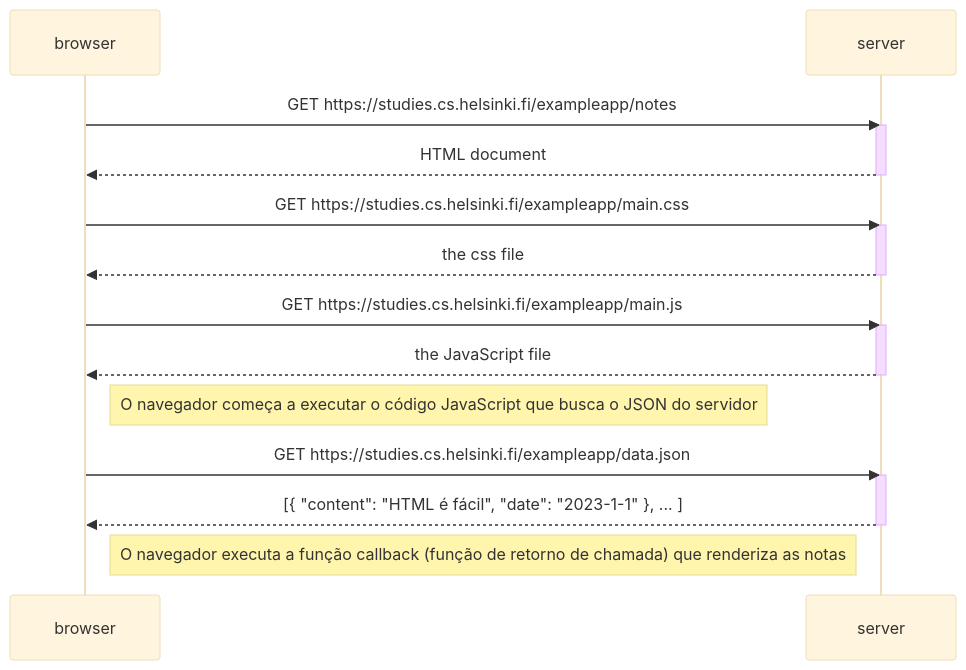
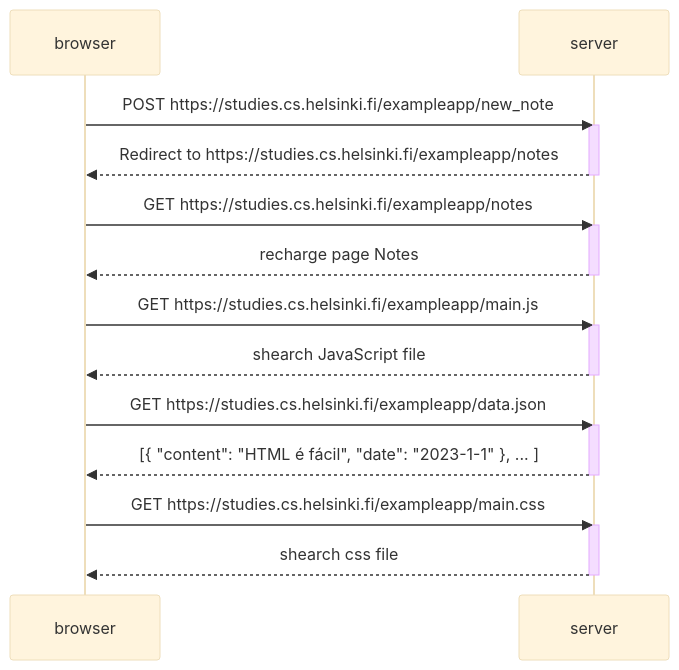
One commit to Lucas-b-o/Part-0 changed the diagram in .markdown. Above: the diagram before and after it, drawn with Mermaid (base theme).

Commit message:
Exercicio 0.4

````diff
--- a/.markdown
+++ b/.markdown
@@ -1,29 +1,30 @@
 ```mermaid
 sequenceDiagram
     participant browser
     participant server
 
+    browser->>server: POST https://studies.cs.helsinki.fi/exampleapp/new_note
+    activate server
+    server-->>browser: Redirect to https://studies.cs.helsinki.fi/exampleapp/notes
+    deactivate server
+
     browser->>server: GET https://studies.cs.helsinki.fi/exampleapp/notes
     activate server
-    server-->>browser: HTML document
-    deactivate server
-
-    browser->>server: GET https://studies.cs.helsinki.fi/exampleapp/main.css
-    activate server
-    server-->>browser: the css file
+    server-->>browser: recharge page Notes
     deactivate server
 
     browser->>server: GET https://studies.cs.helsinki.fi/exampleapp/main.js
     activate server
-    server-->>browser: the JavaScript file
+    server-->>browser: shearch JavaScript file
     deactivate server
-
-    Note right of browser: O navegador começa a executar o código JavaScript que busca o JSON do servidor
 
     browser->>server: GET https://studies.cs.helsinki.fi/exampleapp/data.json
     activate server
     server-->>browser: [{ "content": "HTML é fácil", "date": "2023-1-1" }, ... ]
     deactivate server
 
-    Note right of browser: O navegador executa a função callback (função de retorno de chamada) que renderiza as notas
+    browser->>server: GET https://studies.cs.helsinki.fi/exampleapp/main.css
+    activate server
+    server-->>browser: shearch css file
+    deactivate server
 ```
````
